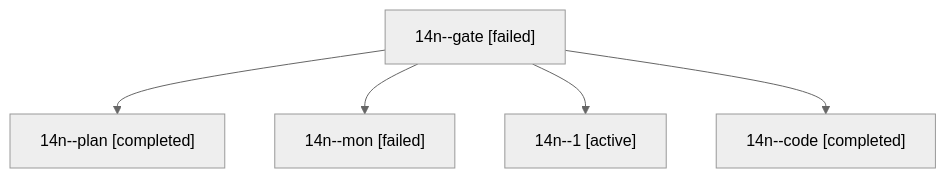
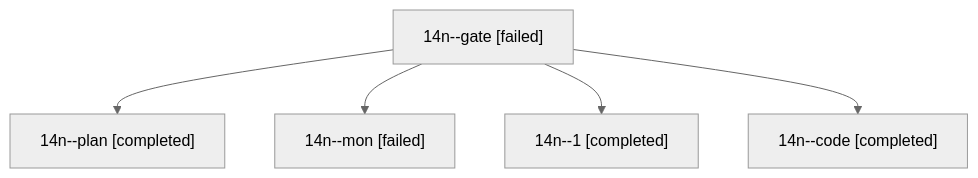
One commit to sase-org/sase--agents changed the diagram in sessions/bbugyi200.athena.14n.md. Above: the diagram before and after it, drawn with Mermaid (neutral theme). The commit also changed other lines of this file and 8 other files, not shown here.

````diff
--- a/sessions/bbugyi200.athena.14n.md
+++ b/sessions/bbugyi200.athena.14n.md
@@ -9,12 +9,12 @@
 ```mermaid
 flowchart TD
   n0["14n--gate [failed]"]
   n1["14n--plan [completed]"]
   n0 --> n1
   n2["14n--mon [failed]"]
   n0 --> n2
-  n3["14n--1 [active]"]
+  n3["14n--1 [completed]"]
   n0 --> n3
   n4["14n--code [completed]"]
   n0 --> n4
 ```
````
